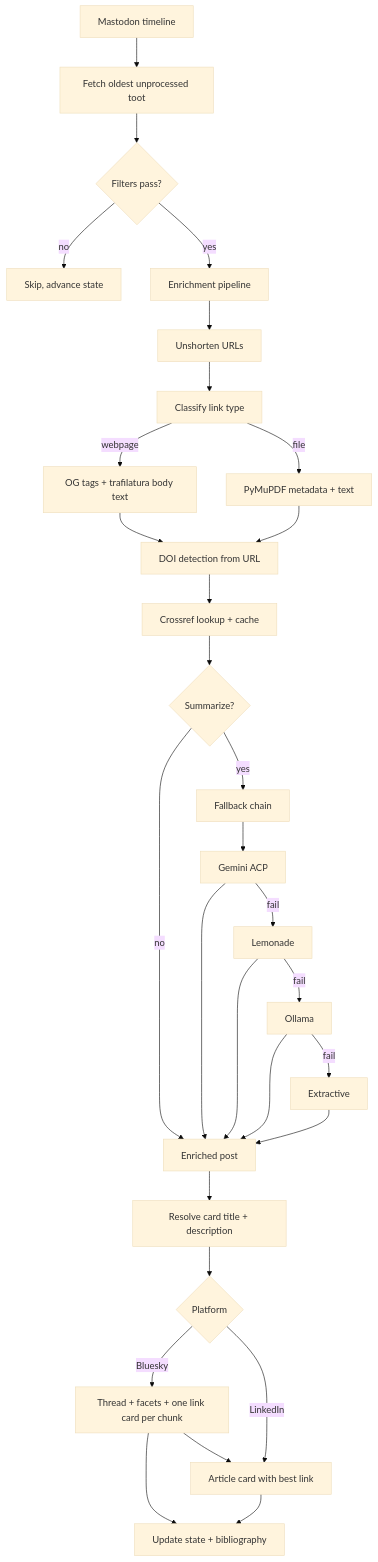
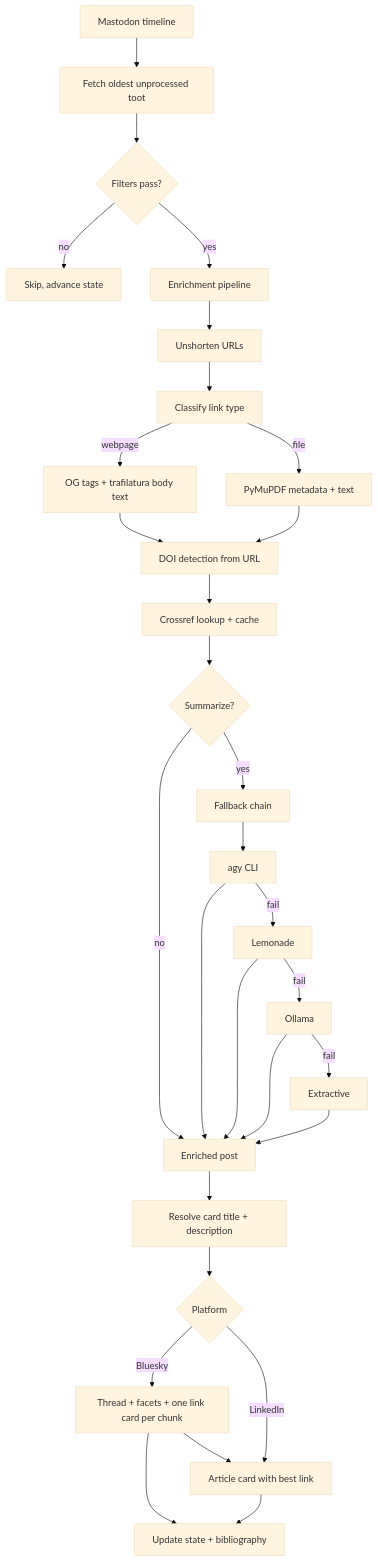
The diagram in README.md (davdittrich/scholarposter), drawn with Mermaid (base theme) before and after one commit. The commit also changed other lines of this file, not shown here.

Commit message:
docs: update remaining gemini-acp/ACP references to agy in README

````diff
--- a/README.md
+++ b/README.md
@@ -28,30 +28,30 @@
 ```mermaid
 flowchart TD
     A[Mastodon timeline] --> B[Fetch oldest unprocessed toot]
     B --> C{Filters pass?}
     C -->|no| D[Skip, advance state]
     C -->|yes| E[Enrichment pipeline]
 
     E --> E1[Unshorten URLs]
     E1 --> E1a[Classify link type]
     E1a -->|webpage| E3[OG tags + trafilatura body text]
     E1a -->|file| E4[PyMuPDF metadata + text]
     E3 & E4 --> E5[DOI detection from URL]
     E5 --> E6[Crossref lookup + cache]
     E6 --> E7{Summarize?}
     E7 -->|yes| E8[Fallback chain]
     E7 -->|no| F
 
-    E8 --> S1[Gemini ACP]
+    E8 --> S1[agy CLI]
     S1 -->|fail| S2[Lemonade]
     S2 -->|fail| S3[Ollama]
     S3 -->|fail| S4[Extractive]
     S1 & S2 & S3 & S4 --> F
 
     F[Enriched post] --> F1[Resolve card title + description]
     F1 --> G{Platform}
     G -->|Bluesky| H[Thread + facets + one link card per chunk]
     H --> I[Optional 🦣 link back to source]
     G -->|LinkedIn| I[Article card with best link]
     H & I --> J[Update state + bibliography]
 ```
````
